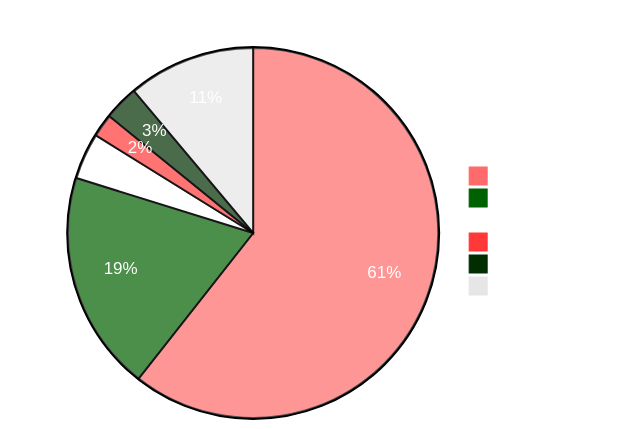
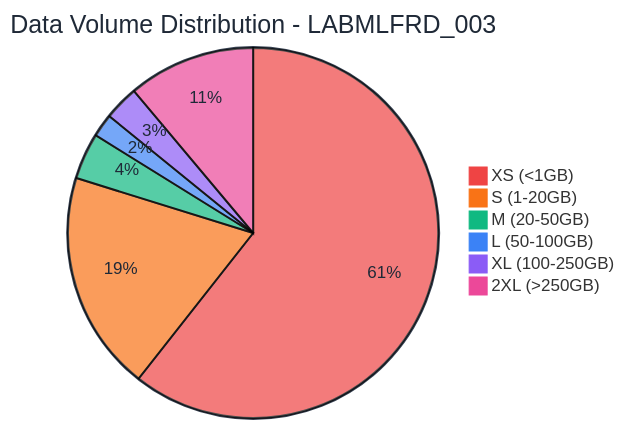
One commit to sfc-gh-mhindi/REPO_CBA changed the sixth of 9 diagrams in WH Analysis/FRAUMD_Warehouse_Analysis_Guide.md. Above: the diagram before and after it, drawn with Mermaid. The commit also changed other lines of this file, not shown here.

First line of the commit message:
Improved chart colors for better white background readability

````diff
--- a/WH Analysis/FRAUMD_Warehouse_Analysis_Guide.md
+++ b/WH Analysis/FRAUMD_Warehouse_Analysis_Guide.md
@@ -246,10 +246,10 @@
 ```mermaid
-%%{init: {'theme':'base', 'themeVariables': { 'primaryColor': '#ff6b6b', 'primaryTextColor': '#fff', 'primaryBorderColor': '#7C0000', 'lineColor': '#F8B229', 'secondaryColor': '#006100', 'tertiaryColor': '#fff'}}}%%
+%%{init: {'theme':'base', 'themeVariables': { 'pie1': '#ef4444', 'pie2': '#f97316', 'pie3': '#10b981', 'pie4': '#3b82f6', 'pie5': '#8b5cf6', 'pie6': '#ec4899', 'pieTitleTextColor': '#1f2937', 'pieSectionTextColor': '#1f2937', 'pieOuterStrokeColor': '#374151', 'background': '#ffffff'}}}%%
 pie title Data Volume Distribution - LABMLFRD_003
     "XS (<1GB)" : 60
     "S (1-20GB)" : 19
     "M (20-50GB)" : 4
     "L (50-100GB)" : 2
     "XL (100-250GB)" : 3
     "2XL (>250GB)" : 11
 ```
````
